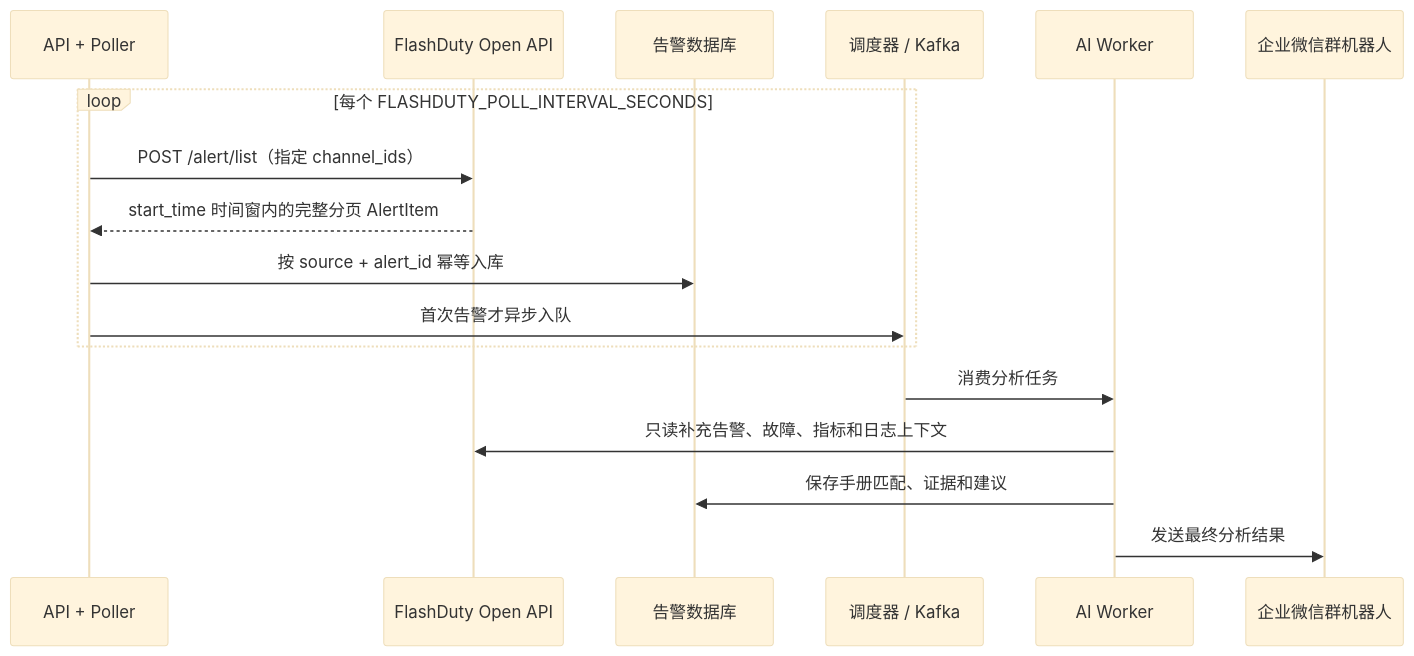
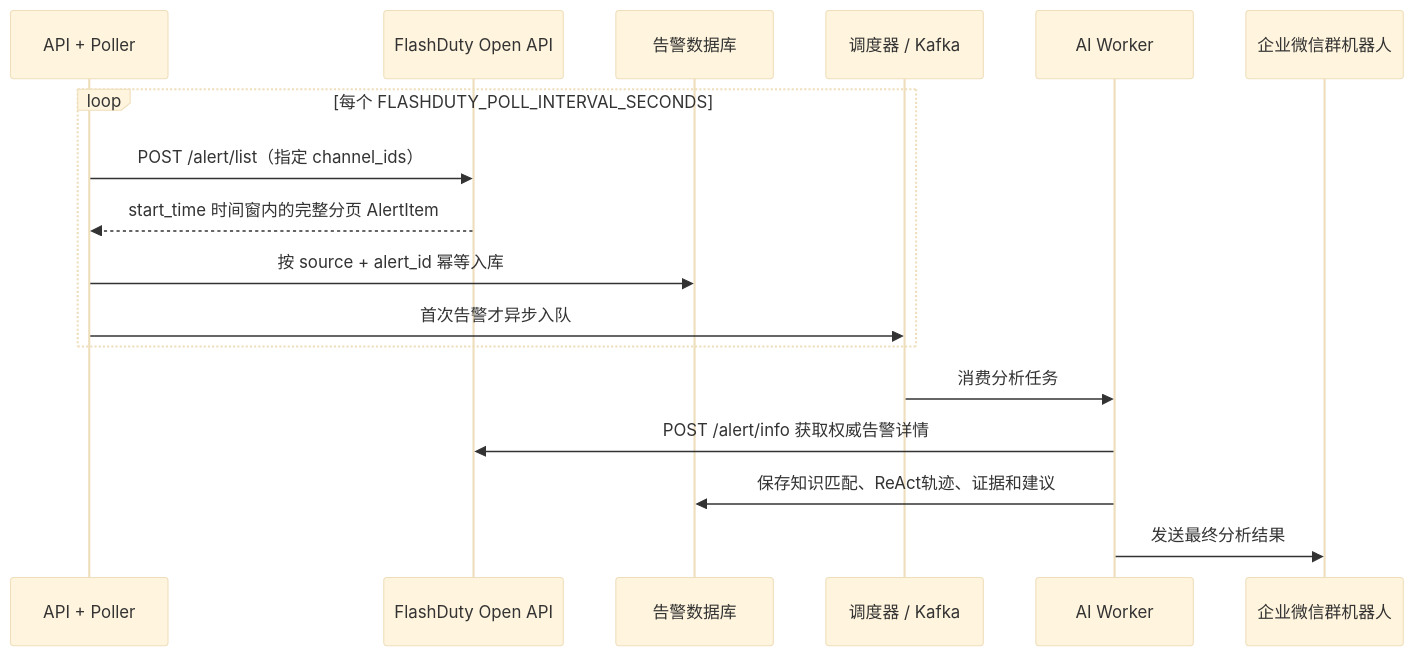
The diagram in docs/flashduty-polling/README.md (180cmchn/Database-Alert-Agent), drawn with Mermaid (base theme) before and after one commit. The commit also changed other lines of this file and 95 other files, not shown here.

````diff
--- a/docs/flashduty-polling/README.md
+++ b/docs/flashduty-polling/README.md
@@ -7,20 +7,20 @@
 ```mermaid
 sequenceDiagram
     participant API as API + Poller
     participant FD as FlashDuty Open API
     participant DB as 告警数据库
     participant Q as 调度器 / Kafka
     participant W as AI Worker
     participant WC as 企业微信群机器人
 
     loop 每个 FLASHDUTY_POLL_INTERVAL_SECONDS
         API->>FD: POST /alert/list（指定 channel_ids）
         FD-->>API: start_time 时间窗内的完整分页 AlertItem
         API->>DB: 按 source + alert_id 幂等入库
         API->>Q: 首次告警才异步入队
     end
     Q->>W: 消费分析任务
-    W->>FD: 只读补充告警、故障、指标和日志上下文
-    W->>DB: 保存手册匹配、证据和建议
+    W->>FD: POST /alert/info 获取权威告警详情
+    W->>DB: 保存知识匹配、ReAct轨迹、证据和建议
     W->>WC: 发送最终分析结果
 ```
````
